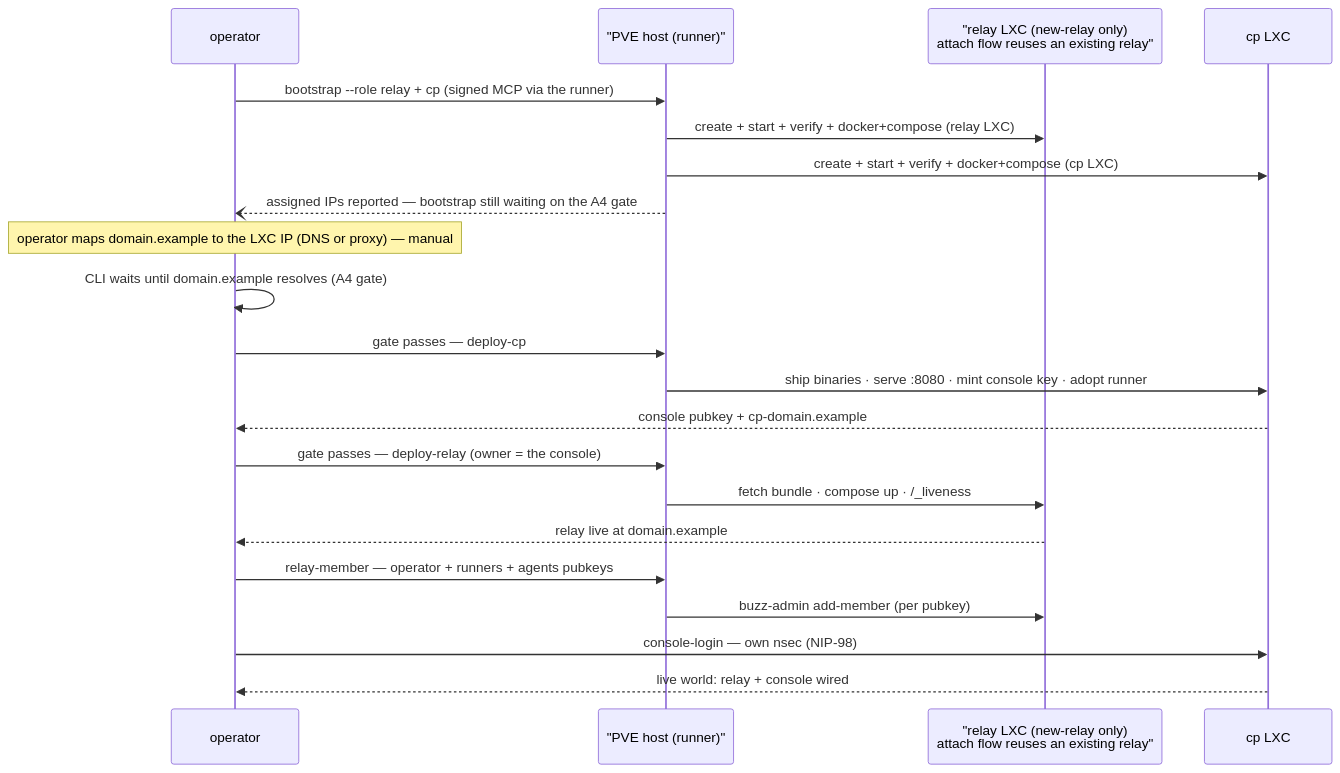
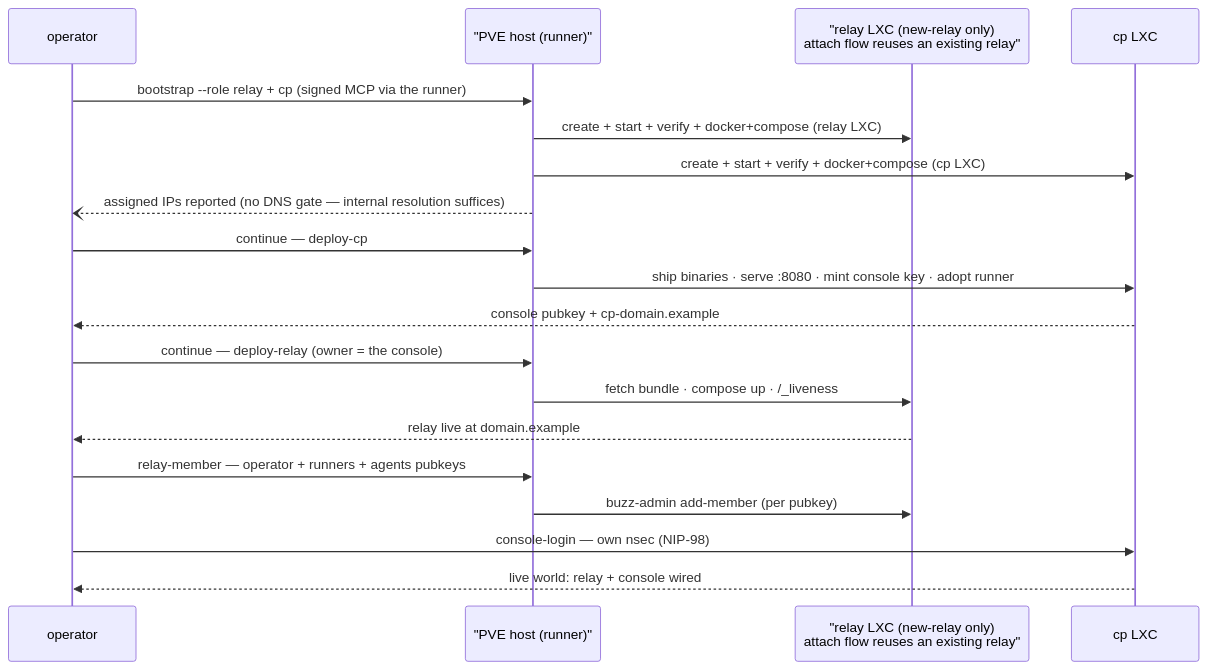
The first of 3 diagrams in README.md (darcy/freehold), drawn with Mermaid before and after one commit. The commit also changed other lines of this file and 3 other files, not shown here.

````diff
--- a/README.md
+++ b/README.md
@@ -370,24 +369,22 @@
 ```mermaid
 sequenceDiagram
     participant OP as operator
     participant PVE as "PVE host (runner)"
     participant R as "relay LXC (new-relay only)<br/>attach flow reuses an existing relay"
     participant C as cp LXC
 
     OP->>PVE: bootstrap --role relay + cp (signed MCP via the runner)
     PVE->>R: create + start + verify + docker+compose (relay LXC)
     PVE->>C: create + start + verify + docker+compose (cp LXC)
-    PVE--)OP: assigned IPs reported — bootstrap still waiting on the A4 gate
-    Note over OP: operator maps domain.example to the LXC IP (DNS or proxy) — manual
-    OP->>OP: CLI waits until domain.example resolves (A4 gate)
-    OP->>PVE: gate passes — deploy-cp
+    PVE--)OP: assigned IPs reported (no DNS gate — internal resolution suffices)
+    OP->>PVE: continue — deploy-cp
     PVE->>C: ship binaries · serve :8080 · mint console key · adopt runner
     C-->>OP: console pubkey + cp-domain.example
-    OP->>PVE: gate passes — deploy-relay (owner = the console)
+    OP->>PVE: continue — deploy-relay (owner = the console)
     PVE->>R: fetch bundle · compose up · /_liveness
     R-->>OP: relay live at domain.example
     OP->>PVE: relay-member — operator + runners + agents pubkeys
     PVE->>R: buzz-admin add-member (per pubkey)
     OP->>C: console-login — own nsec (NIP-98)
     C-->>OP: live world: relay + console wired
 ```
````
